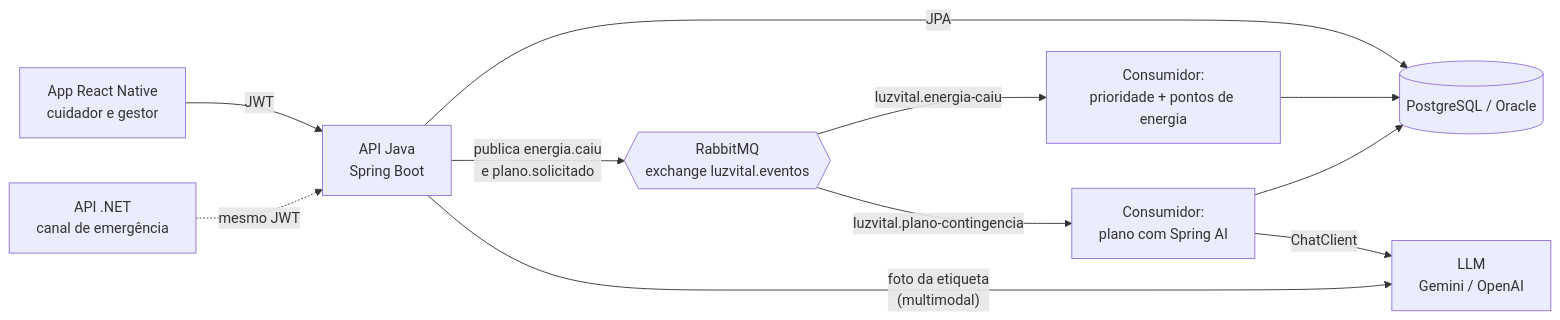
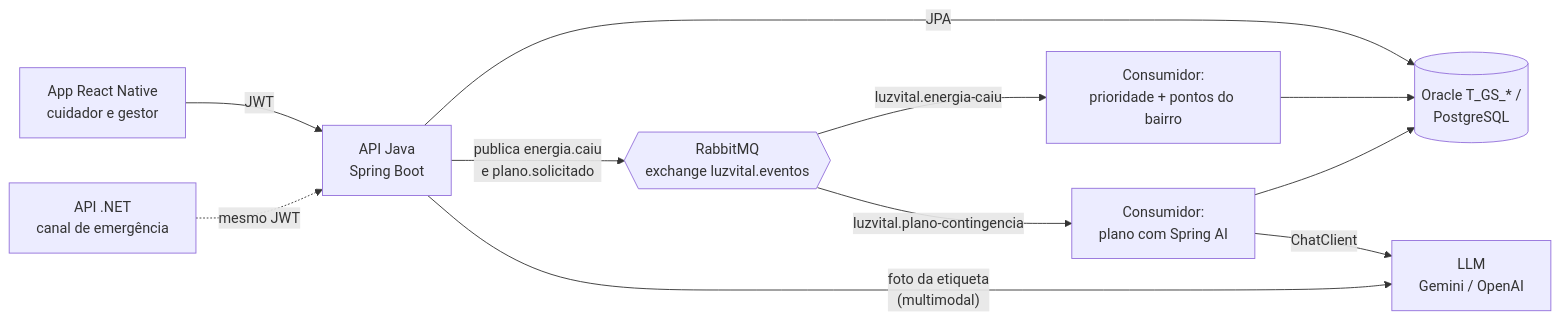
The first of 2 diagrams in README.md (GabrielRobertoni/GlobalSolution-LuzVital-JavaAdvanced), drawn with Mermaid before and after one commit. The commit also changed other lines of this file, not shown here.

````diff
--- a/README.md
+++ b/README.md
@@ -50,13 +55,13 @@
 ```mermaid
 flowchart LR
     APP[App React Native<br/>cuidador e gestor] -- JWT --> API[API Java<br/>Spring Boot]
     NET[API .NET<br/>canal de emergência] -. mesmo JWT .-> API
-    API -- JPA --> DB[(PostgreSQL / Oracle)]
+    API -- JPA --> DB[(Oracle T_GS_* /<br/>PostgreSQL)]
     API -- "publica energia.caiu<br/>e plano.solicitado" --> MQ{{RabbitMQ<br/>exchange luzvital.eventos}}
-    MQ -- luzvital.energia-caiu --> C1[Consumidor:<br/>prioridade + pontos de energia]
+    MQ -- luzvital.energia-caiu --> C1[Consumidor:<br/>prioridade + pontos do bairro]
     MQ -- luzvital.plano-contingencia --> C2[Consumidor:<br/>plano com Spring AI]
     C2 -- ChatClient --> LLM[LLM<br/>Gemini / OpenAI]
     API -- "foto da etiqueta<br/>(multimodal)" --> LLM
     C1 --> DB
     C2 --> DB
 ```
````
